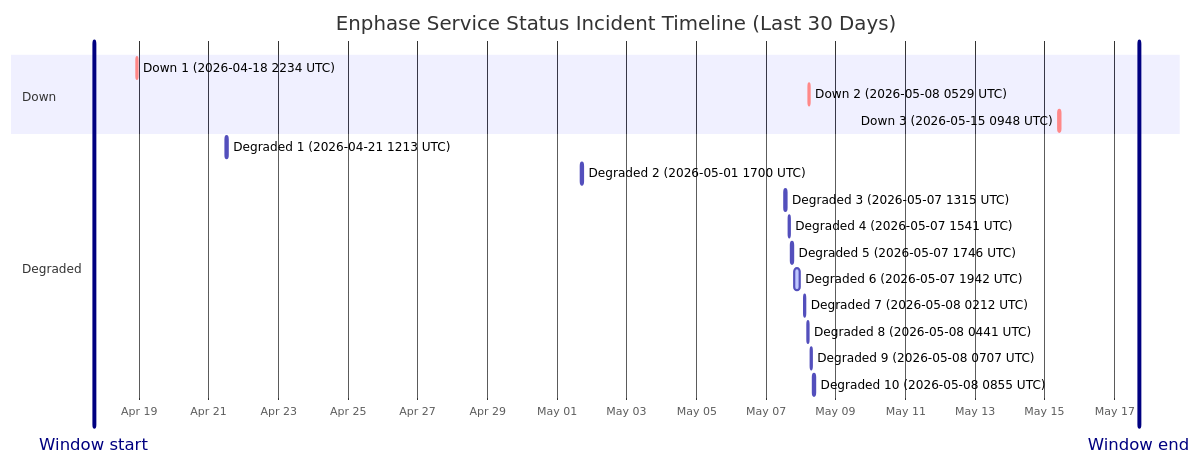
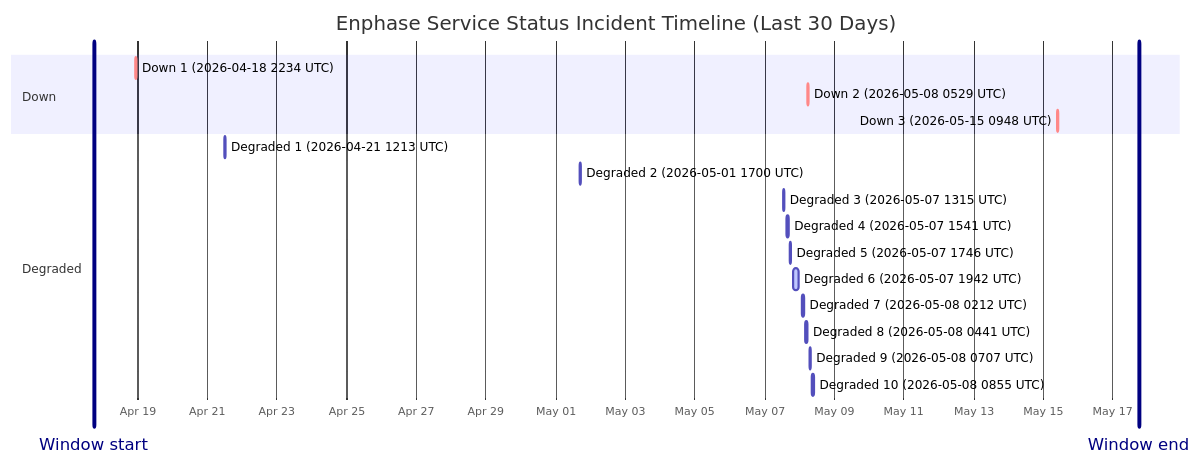
The diagram in wiki/Service-Status-History.md (barneyonline/ha-enphase-ev-charger), drawn with Mermaid before and after one commit. The commit also changed other lines of this file and 3 other files, not shown here.

````diff
--- a/wiki/Service-Status-History.md
+++ b/wiki/Service-Status-History.md
@@ -14,23 +14,23 @@
 ```mermaid
 gantt
     title Enphase Service Status Incident Timeline (Last 30 Days)
     dateFormat  YYYY-MM-DDTHH:mm:ss
     axisFormat  %b %d
-    Window start :vert, window-start, 2026-04-17T16:56:06, 0ms
-    Window end :vert, window-end, 2026-05-17T16:56:06, 0ms
+    Window start :vert, window-start, 2026-04-17T17:58:25, 0ms
+    Window end :vert, window-end, 2026-05-17T17:58:25, 0ms
     section Down
     Down 1 (2026-04-18 2234 UTC) :crit, down-1, 2026-04-18T22:34:13, 60m
     Down 2 (2026-05-08 0529 UTC) :crit, down-2, 2026-05-08T05:29:47, 60m
     Down 3 (2026-05-15 0948 UTC) :crit, down-3, 2026-05-15T09:48:18, 60m
     section Degraded
     Degraded 1 (2026-04-21 1213 UTC) :active, degraded-1, 2026-04-21T12:13:11, 60m
     Degraded 2 (2026-05-01 1700 UTC) :active, degraded-2, 2026-05-01T17:00:22, 60m
     Degraded 3 (2026-05-07 1315 UTC) :active, degraded-3, 2026-05-07T13:15:25, 60m
     Degraded 4 (2026-05-07 1541 UTC) :active, degraded-4, 2026-05-07T15:41:58, 60m
     Degraded 5 (2026-05-07 1746 UTC) :active, degraded-5, 2026-05-07T17:46:51, 60m
     Degraded 6 (2026-05-07 1942 UTC) :active, degraded-6, 2026-05-07T19:42:10, 249m
     Degraded 7 (2026-05-08 0212 UTC) :active, degraded-7, 2026-05-08T02:12:39, 60m
     Degraded 8 (2026-05-08 0441 UTC) :active, degraded-8, 2026-05-08T04:41:46, 60m
     Degraded 9 (2026-05-08 0707 UTC) :active, degraded-9, 2026-05-08T07:07:30, 60m
     Degraded 10 (2026-05-08 0855 UTC) :active, degraded-10, 2026-05-08T08:55:20, 88m
 ```
````
